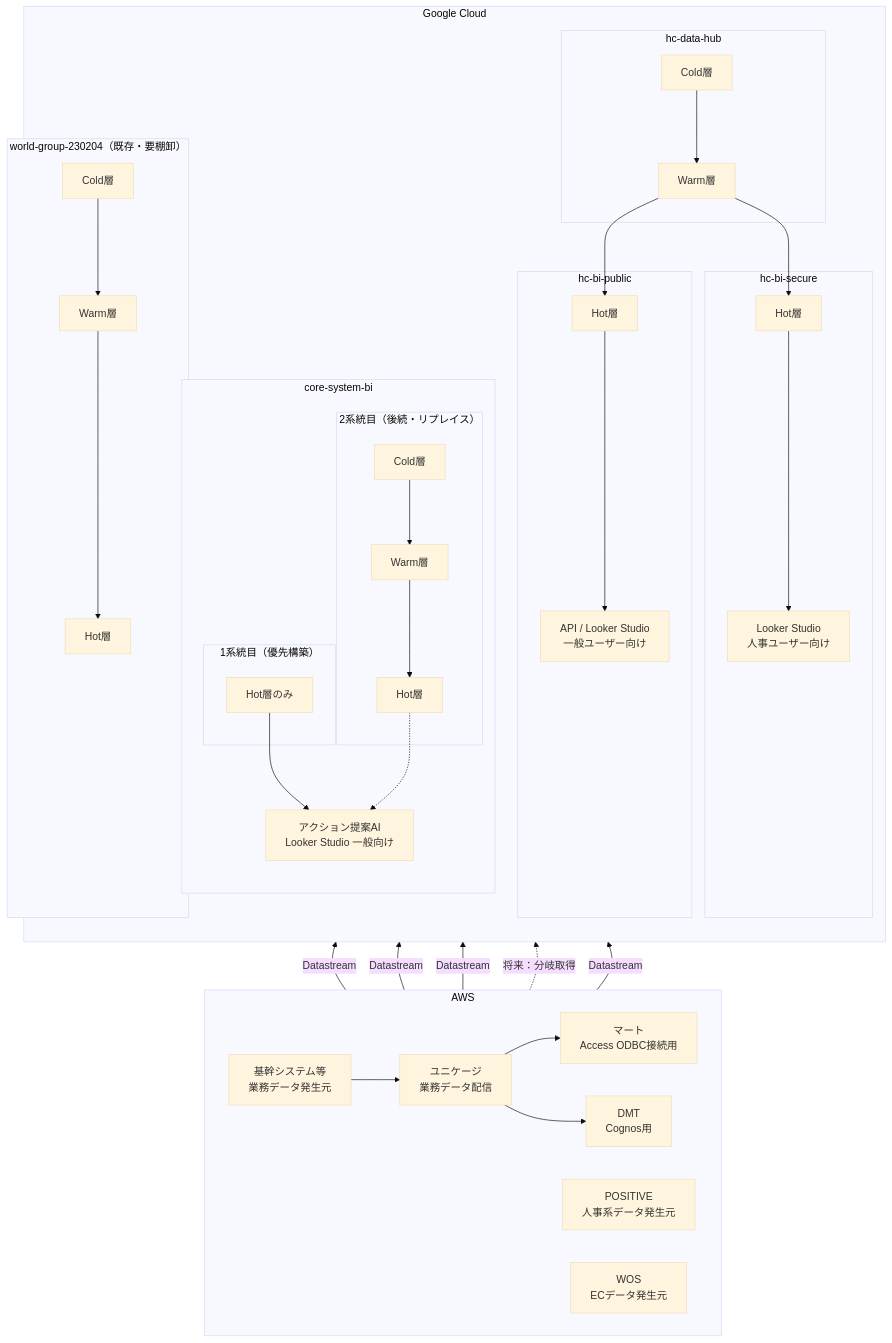
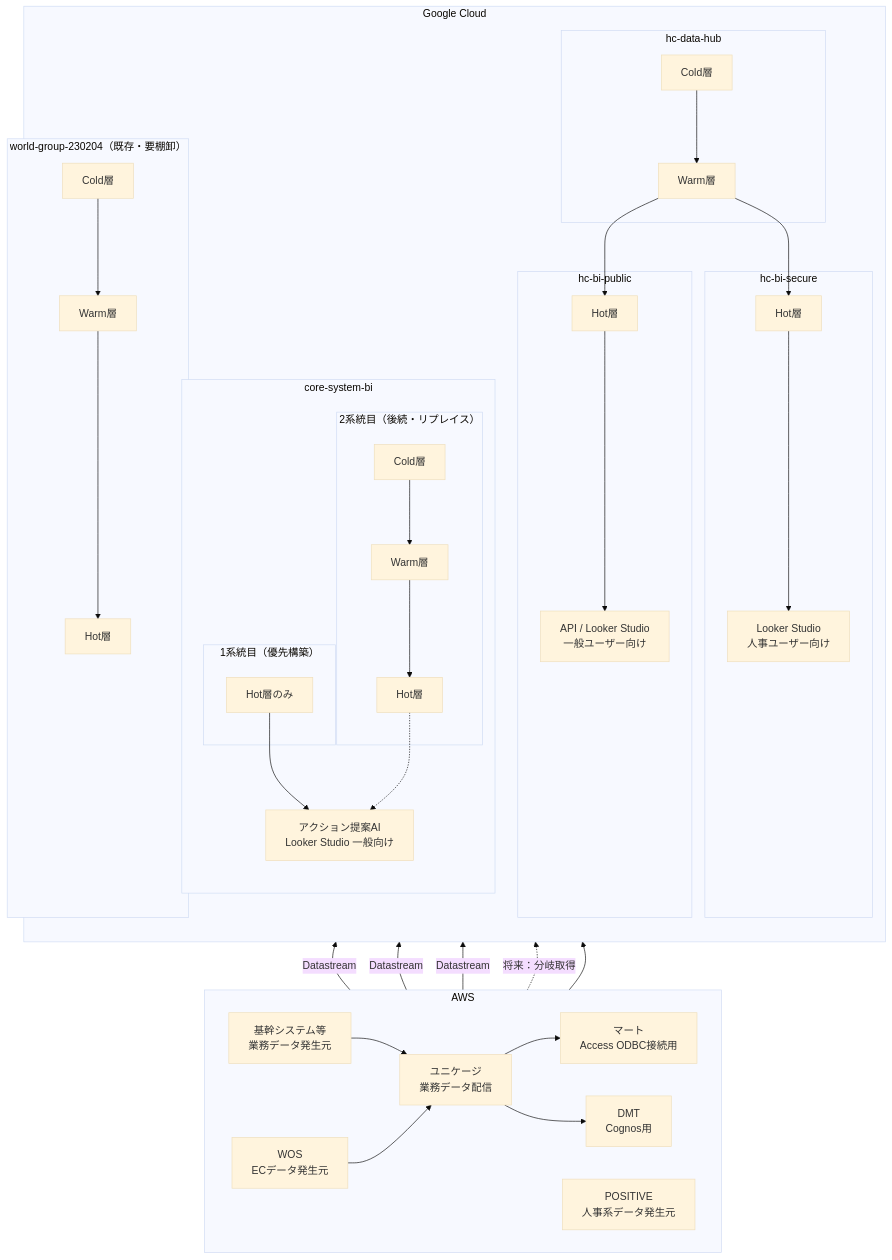
The diagram in README.md (jhasegawa-01100687/bi-diagram), drawn with Mermaid (base theme) before and after one commit.

Commit message:
fix: correct WOS data flow route via Unikage
WOS data does not flow directly to world-group-230204 Cold layer via
Datastream. The correct route is WOS → Unikage → world-group Cold layer
without Datastream.

````diff
--- a/README.md
+++ b/README.md
@@ -3,70 +3,71 @@
 ```mermaid
 flowchart BT
     subgraph AWS["AWS"]
         direction LR
         Core["基幹システム等<br/>業務データ発生元"]
         POSITIVE["POSITIVE<br/>人事系データ発生元"]
         Unikage["ユニケージ<br/>業務データ配信"]
         Mart["マート<br/>Access ODBC接続用"]
         DMT["DMT<br/>Cognos用"]
         WOS["WOS<br/>ECデータ発生元"]
         
         Core --> Unikage
         Unikage --> Mart
         Unikage --> DMT
     end
 
     subgraph GCP["Google Cloud"]
         direction TB
         
         subgraph hc-data-hub["hc-data-hub"]
             DH_Cold["Cold層"]
             DH_Warm["Warm層"]
             DH_Cold --> DH_Warm
         end
 
         subgraph hc-bi-public["hc-bi-public"]
             PUB_Hot["Hot層"]
             PUB_Out["API / Looker Studio<br/>一般ユーザー向け"]
             PUB_Hot --> PUB_Out
         end
 
         subgraph hc-bi-secure["hc-bi-secure"]
             SEC_Hot["Hot層"]
             SEC_Out["Looker Studio<br/>人事ユーザー向け"]
             SEC_Hot --> SEC_Out
         end
 
         subgraph core-system-bi["core-system-bi"]
             direction TB
             subgraph Stream1["1系統目（優先構築）"]
                 S1_Hot["Hot層のみ"]
             end
             subgraph Stream2["2系統目（後続・リプレイス）"]
                 S2_Cold["Cold層"]
                 S2_Warm["Warm層"]
                 S2_Hot["Hot層"]
                 S2_Cold --> S2_Warm --> S2_Hot
             end
             CORE_Out["アクション提案AI<br/>Looker Studio 一般向け"]
             S1_Hot --> CORE_Out
             S2_Hot -.-> CORE_Out
         end
 
         subgraph world-group["world-group-230204（既存・要棚卸）"]
             WG_Cold["Cold層"]
             WG_Warm["Warm層"]
             WG_Hot["Hot層"]
             WG_Cold --> WG_Warm --> WG_Hot
         end
     end
 
     %% データフロー（AWS → GCP）
     POSITIVE -->|Datastream| DH_Cold
     DH_Warm --> PUB_Hot
     DH_Warm --> SEC_Hot
     Mart -->|Datastream| S1_Hot
     DMT -->|Datastream| S1_Hot
     Core -.->|将来：分岐取得| S2_Cold
-    WOS -->|Datastream| WG_Cold
+    WOS --> Unikage
+    Unikage --> WG_Cold
 ```
````
